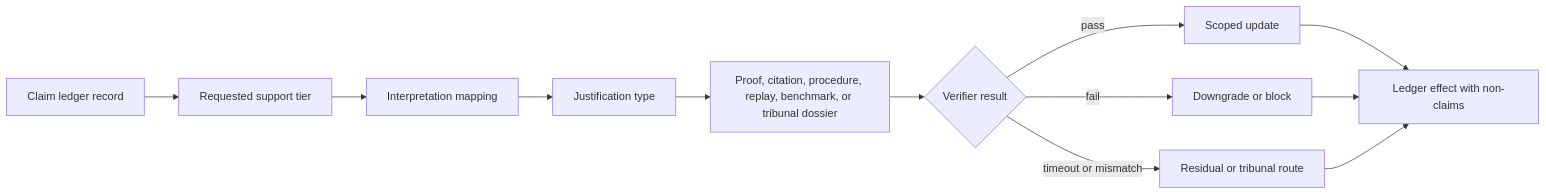
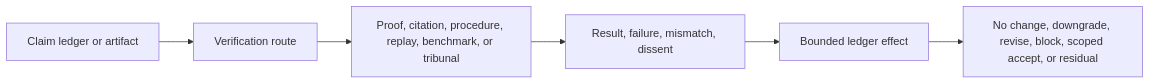
Before and after one commit to corbensorenson/asi-stack-book: the diagram in editions/reader_manuscript/v1_0/chapters/spinoza-verification-and-proof-carrying-claims.qmd, drawn with Mermaid. The commit also changed other lines of this file and 90 other files, not shown here.

Commit message:
Merge tribunal review into proof-carrying claims

````diff
--- a/editions/reader_manuscript/v1_0/chapters/spinoza-verification-and-proof-carrying-claims.qmd
+++ b/editions/reader_manuscript/v1_0/chapters/spinoza-verification-and-proof-carrying-claims.qmd
@@ -116,14 +122,8 @@
 ```{mermaid}
 flowchart LR
-  A["Claim ledger record"] --> B["Requested support tier"]
-  B --> C["Interpretation mapping"]
-  C --> D["Justification type"]
-  D --> E["Proof, citation, procedure, replay, benchmark, or tribunal dossier"]
-  E --> F{"Verifier result"}
-  F -- "pass" --> G["Scoped update"]
-  F -- "fail" --> H["Downgrade or block"]
-  F -- "timeout or mismatch" --> I["Residual or tribunal route"]
-  G --> J["Ledger effect with non-claims"]
-  H --> J
-  I --> J
+  A["Claim ledger or artifact"] --> B["Verification route"]
+  B --> C["Proof, citation, procedure, replay, benchmark, or tribunal"]
+  C --> D["Result, failure, mismatch, dissent"]
+  D --> E["Bounded ledger effect"]
+  E --> F["No change, downgrade, revise, block, scoped accept, or residual"]
 ```
````
